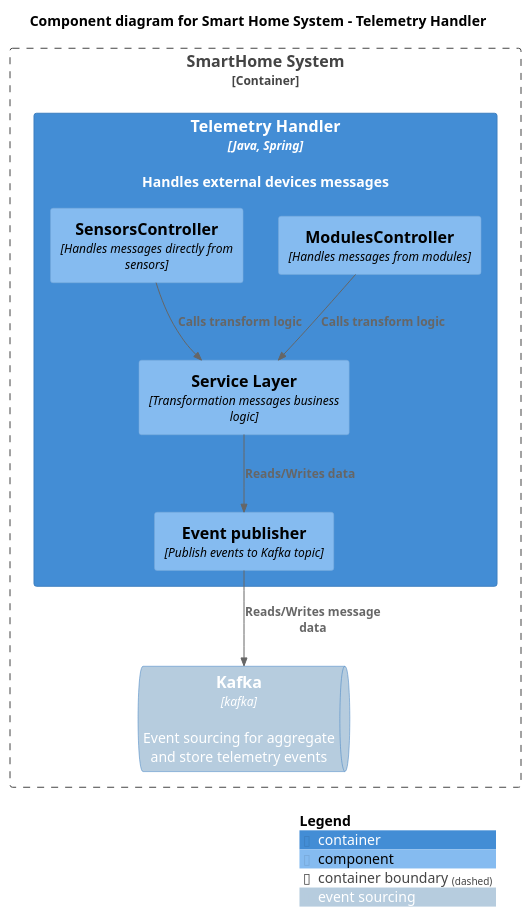
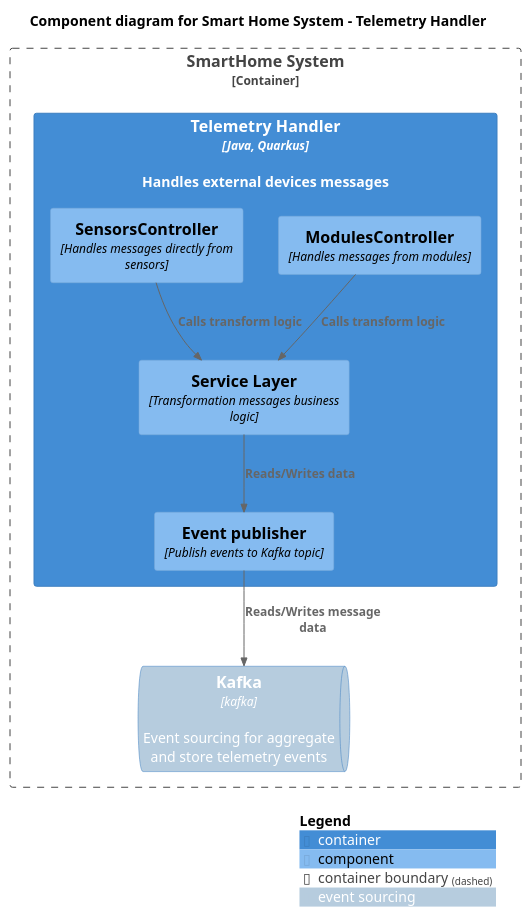
Before and after one commit to belkevglaz/yc-apo-sprint3: the diagram in docs/docs/assets/target/TelemetryHandlerCompDiagram.md, drawn with PlantUML. The commit also changed 9 other files, not shown here.

````diff
--- a/docs/docs/assets/target/TelemetryHandlerCompDiagram.md
+++ b/docs/docs/assets/target/TelemetryHandlerCompDiagram.md
@@ -1,32 +1,32 @@
 ```puml
 @startuml
 !include https://raw.githubusercontent.com/plantuml-stdlib/C4-PlantUML/master/C4_Component.puml
 '!include ../templates/C4_Component.puml
 
 title Component diagram for Smart Home System - Telemetry Handler
 
 'skinparam linetype ortho
 
 AddElementTag("queue", $shape=RoundedBoxShape(), $bgColor="#b6ccde", $fontColor="white", $legendText="event sourcing")
 
 Container_Boundary(SmartHomeSystem, "SmartHome System") {
-    Container(ms_telemetry, "Telemetry Handler", "Java, Spring", "Handles external devices messages")
+    Container(ms_telemetry, "Telemetry Handler", "Java, Quarkus", "Handles external devices messages")
     ContainerQueue(kafka, "Kafka", "kafka", "Event sourcing for aggregate and store telemetry events", $tags = "queue")
 }
 
-Container(ms_telemetry, "", "Java, Spring") {
+Container(ms_telemetry, "", "Java, Quarkus") {
     Component(ModulesController, "ModulesController", "Handles messages from modules")
     Component(SensorsController, "SensorsController", "Handles messages directly from sensors")
     Component(ServiceLayer, "Service Layer", "Transformation messages business logic")
     Component(EventPublisher, "Event publisher", "Publish events to Kafka topic")
 }
 
 Rel(ModulesController,ServiceLayer,"Calls transform logic")
 Rel(SensorsController,ServiceLayer,"Calls transform logic")
 Rel(ServiceLayer,EventPublisher,"Reads/Writes data")
 Rel(EventPublisher, kafka, "Reads/Writes message data")
 
 SHOW_LEGEND()
 
 @enduml
 ```
````
